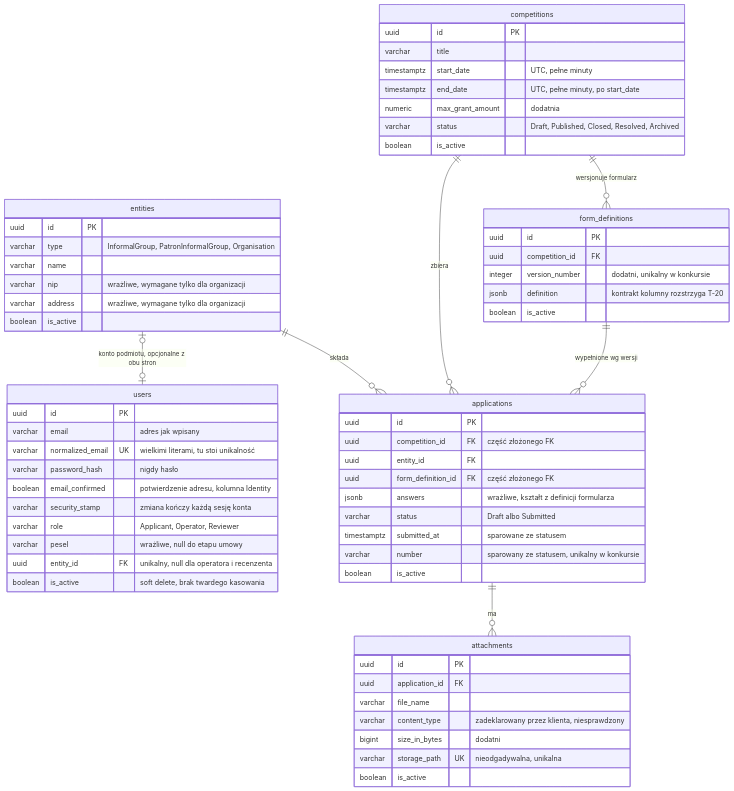
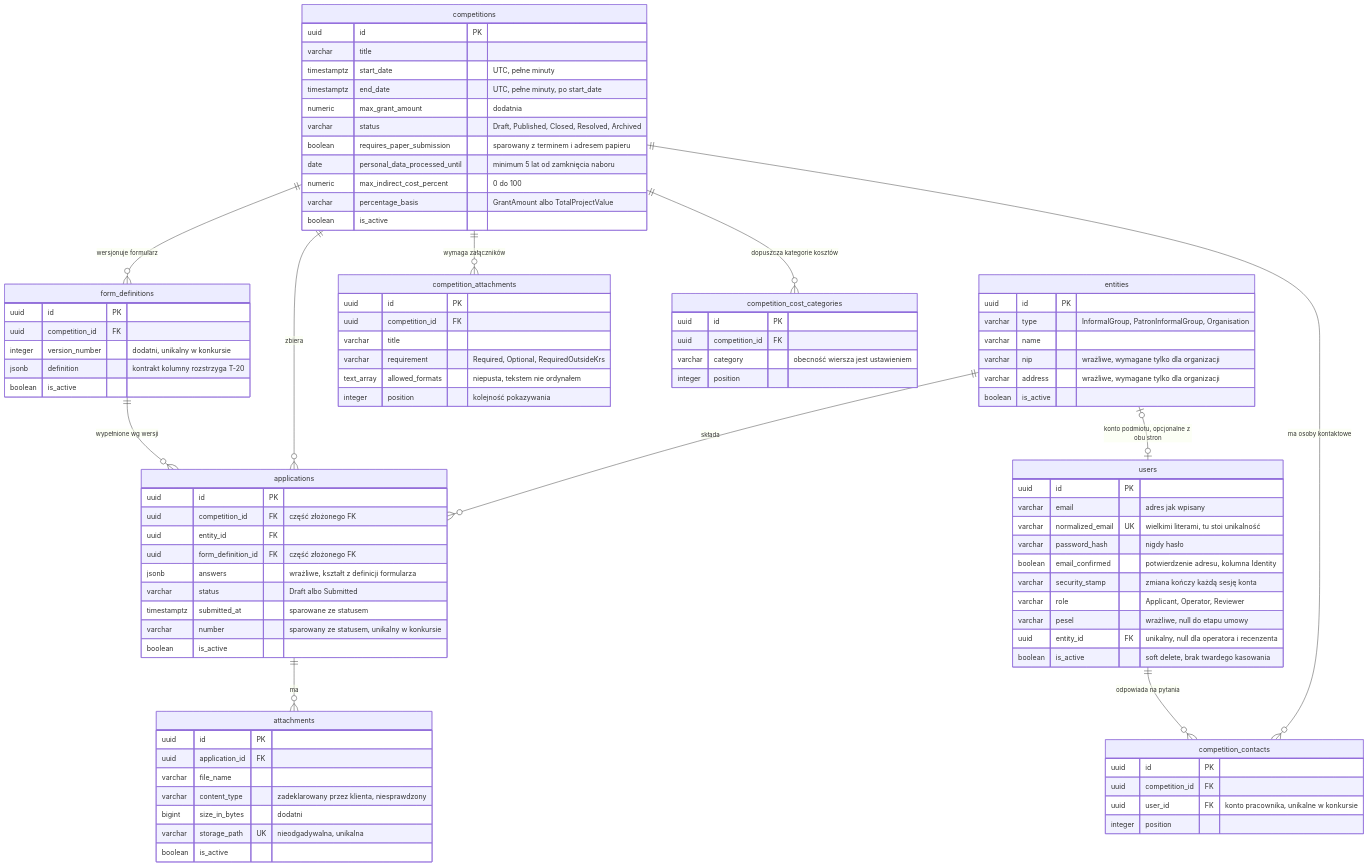
One commit to ootLabs/OCWIP-grant-competitions changed the first of 2 diagrams in docs/model-danych.md. Above: the diagram before and after it, drawn with Mermaid. The commit also changed other lines of this file and 6 other files, not shown here.

```diff
--- a/docs/model-danych.md
+++ b/docs/model-danych.md
@@ -16,6 +16,10 @@
     competitions ||--o{ applications : "zbiera"
     form_definitions ||--o{ applications : "wypełnione wg wersji"
     applications ||--o{ attachments : "ma"
+    competitions ||--o{ competition_attachments : "wymaga załączników"
+    competitions ||--o{ competition_contacts : "ma osoby kontaktowe"
+    competitions ||--o{ competition_cost_categories : "dopuszcza kategorie kosztów"
+    users ||--o{ competition_contacts : "odpowiada na pytania"
 
     users {
         uuid id PK
@@ -46,7 +50,34 @@
         timestamptz end_date "UTC, pełne minuty, po start_date"
         numeric max_grant_amount "dodatnia"
         varchar status "Draft, Published, Closed, Resolved, Archived"
+        boolean requires_paper_submission "sparowany z terminem i adresem papieru"
+        date personal_data_processed_until "minimum 5 lat od zamknięcia naboru"
+        numeric max_indirect_cost_percent "0 do 100"
+        varchar percentage_basis "GrantAmount albo TotalProjectValue"
         boolean is_active
+    }
+
+    competition_attachments {
+        uuid id PK
+        uuid competition_id FK
+        varchar title
+        varchar requirement "Required, Optional, RequiredOutsideKrs"
+        text_array allowed_formats "niepusta, tekstem nie ordynałem"
+        integer position "kolejność pokazywania"
+    }
+
+    competition_contacts {
+        uuid id PK
+        uuid competition_id FK
+        uuid user_id FK "konto pracownika, unikalne w konkursie"
+        integer position
+    }
+
+    competition_cost_categories {
+        uuid id PK
+        uuid competition_id FK
+        varchar category "obecność wiersza jest ustawieniem"
+        integer position
     }
 
     form_definitions {
```
